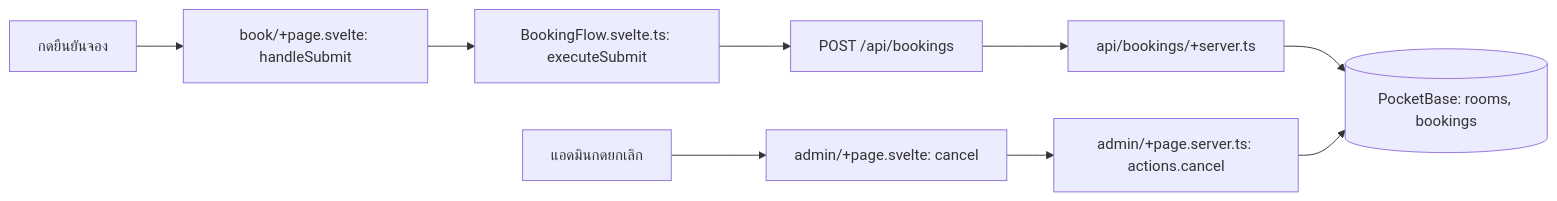
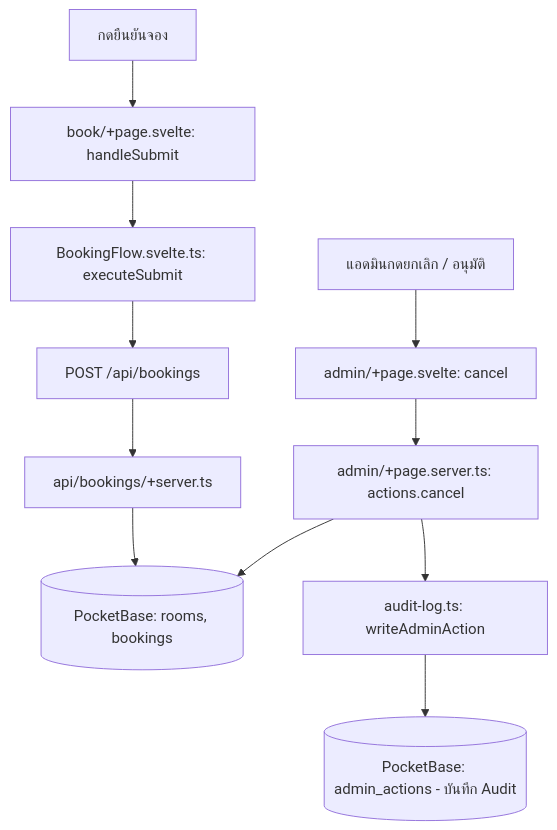
One commit to CSNIS-CSKmitl/Booking changed the diagram in CLICK_FLOW.md. Above: the diagram before and after it, drawn with Mermaid. The commit also changed other lines of this file and 1 other file, not shown here.

Commit message:
docs: update README and CLICK_FLOW with admin_actions audit flow

````diff
--- a/CLICK_FLOW.md
+++ b/CLICK_FLOW.md
@@ -3,11 +3,14 @@
 ```mermaid
-flowchart LR
+flowchart TD
   A[กดยืนยันจอง] --> B[book/+page.svelte: handleSubmit]
   B --> C[BookingFlow.svelte.ts: executeSubmit]
   C --> D[POST /api/bookings]
   D --> E[api/bookings/+server.ts]
   E --> F[(PocketBase: rooms, bookings)]
-  G[แอดมินกดยกเลิก] --> H[admin/+page.svelte: cancel]
+  
+  G[แอดมินกดยกเลิก / อนุมัติ] --> H[admin/+page.svelte: cancel]
   H --> I[admin/+page.server.ts: actions.cancel]
   I --> F
+  I --> J[audit-log.ts: writeAdminAction]
+  J --> K[(PocketBase: admin_actions - บันทึก Audit)]
 ```
````
